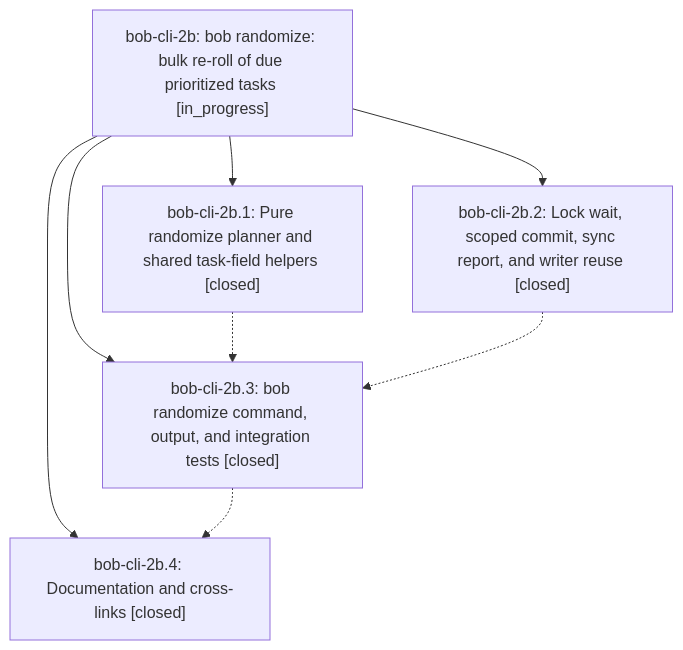
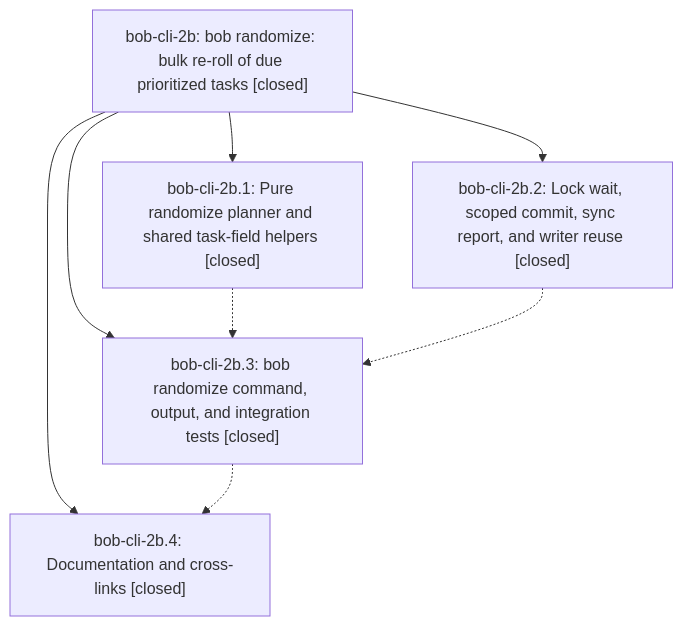
The diagram in pages/bob-cli-2b/README.md (bobs-org/bob-cli--beads), drawn with Mermaid before and after one commit. The commit also changed other lines of this file, not shown here.

First line of the commit message:
chore(beads): sync bead state and pages for bob-cli-2b

````diff
--- a/pages/bob-cli-2b/README.md
+++ b/pages/bob-cli-2b/README.md
@@ -25,15 +33,15 @@
 ```mermaid
 flowchart TD
-    n0["bob-cli-2b: bob randomize: bulk re-roll of due prioritized tasks [in_progress]"]
+    n0["bob-cli-2b: bob randomize: bulk re-roll of due prioritized tasks [closed]"]
     n1["bob-cli-2b.1: Pure randomize planner and shared task-field helpers [closed]"]
     n2["bob-cli-2b.2: Lock wait, scoped commit, sync report, and writer reuse [closed]"]
     n3["bob-cli-2b.3: bob randomize command, output, and integration tests [closed]"]
     n4["bob-cli-2b.4: Documentation and cross-links [closed]"]
     n0 --> n1
     n0 --> n2
     n0 --> n3
     n0 --> n4
     n1 -.-> n3
     n2 -.-> n3
     n3 -.-> n4
 ```
````
